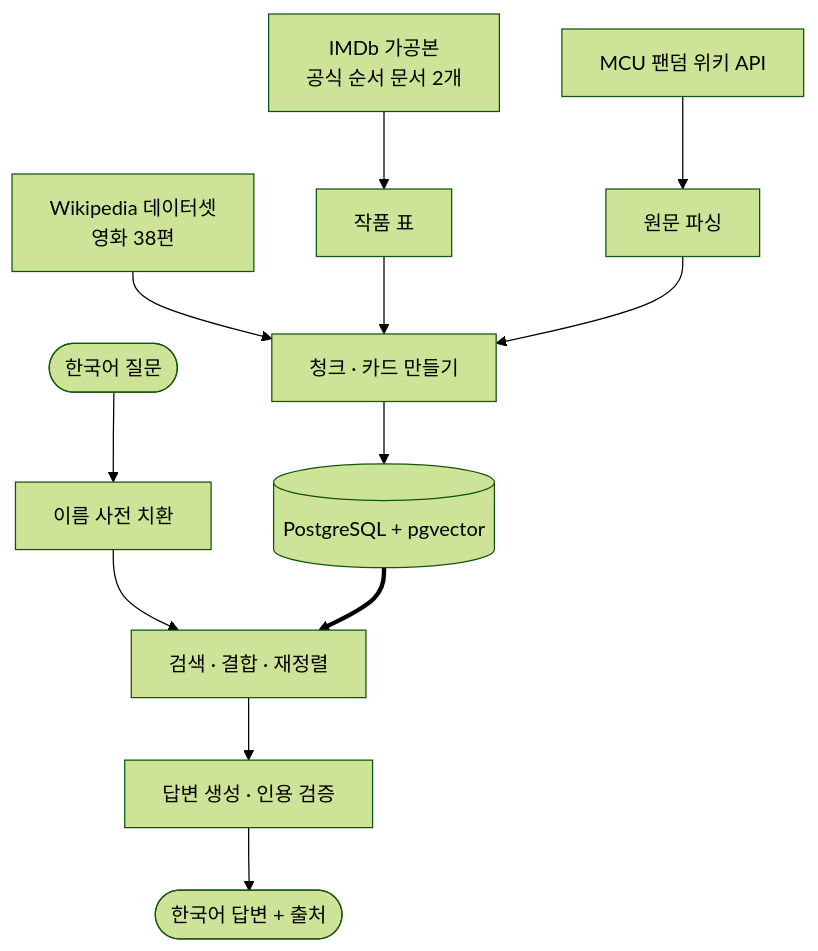
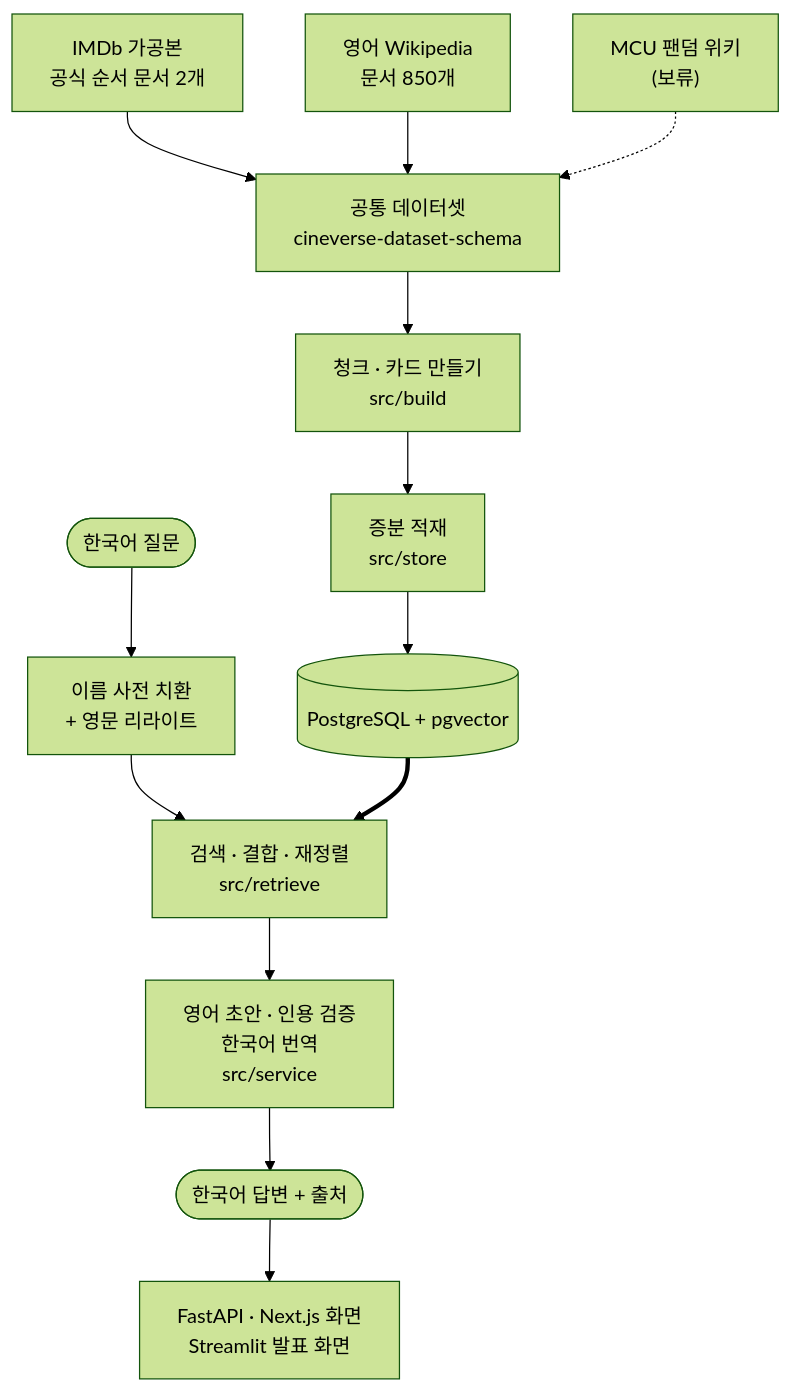
The first of 5 diagrams in docs/architecture.md (766min/ax-rag-cinema), drawn with Mermaid (forest theme) before and after one commit. The commit also changed other lines of this file and 4 other files, not shown here.

````diff
--- a/docs/architecture.md
+++ b/docs/architecture.md
@@ -13,14 +15,15 @@
 ```mermaid
 flowchart TB
-  S1["IMDb 가공본<br/>공식 순서 문서 2개"] --> W["작품 표"]
-  S2["MCU 팬덤 위키 API"] --> P["원문 파싱"]
-  S3["Wikipedia 데이터셋<br/>영화 38편"] --> C
-  W --> C["청크 · 카드 만들기"]
-  P --> C
-  C --> DB[("PostgreSQL + pgvector")]
-  Q(["한국어 질문"]) --> N["이름 사전 치환"]
-  N --> R["검색 · 결합 · 재정렬"]
+  S1["IMDb 가공본<br/>공식 순서 문서 2개"] --> DS
+  S3["영어 Wikipedia<br/>문서 850개"] --> DS["공통 데이터셋<br/>cineverse-dataset-schema"]
+  S2["MCU 팬덤 위키<br/>(보류)"] -.-> DS
+  DS --> C["청크 · 카드 만들기<br/>src/build"]
+  C --> L["증분 적재<br/>src/store"]
+  L --> DB[("PostgreSQL + pgvector")]
+  Q(["한국어 질문"]) --> N["이름 사전 치환<br/>+ 영문 리라이트"]
+  N --> R["검색 · 결합 · 재정렬<br/>src/retrieve"]
   DB ==> R
-  R --> G["답변 생성 · 인용 검증"]
+  R --> G["영어 초안 · 인용 검증<br/>한국어 번역<br/>src/service"]
   G --> A(["한국어 답변 + 출처"])
+  A --> UI["FastAPI · Next.js 화면<br/>Streamlit 발표 화면"]
 ```
````
